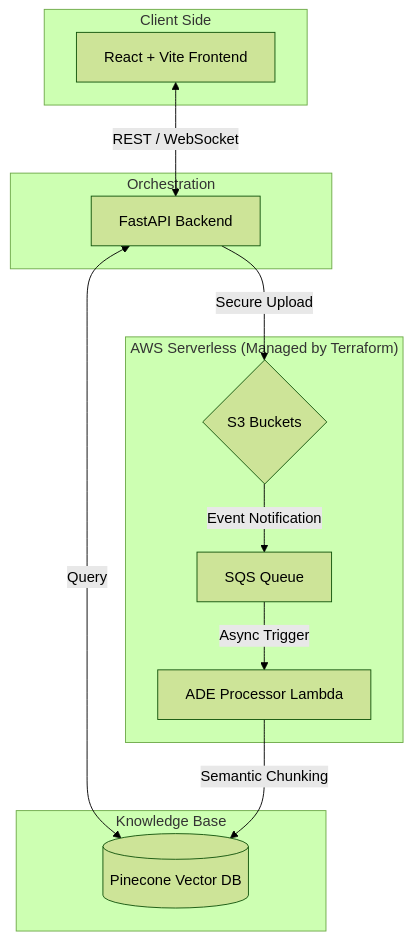
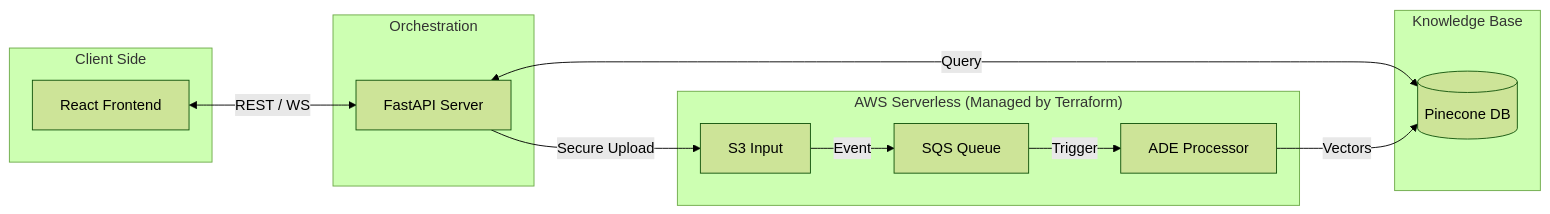
One commit to Khadka-Bishal/DeepRecall changed the first of 4 diagrams in README.md. Above: the diagram before and after it, drawn with Mermaid (forest theme). The commit also changed 1 other file, not shown here.

Commit message:
fix: update pinecone pkg name and mermaid syntax

````diff
--- a/README.md
+++ b/README.md
@@ -17,27 +17,25 @@
 ```mermaid
-graph TD
-    subgraph "Client Side"
-        Client[React + Vite Frontend]
+graph LR
+    subgraph Client ["Client Side"]
+        UI[React Frontend]
     end
 
-    subgraph "Orchestration"
-        API[FastAPI Backend]
+    subgraph Backend ["Orchestration"]
+        API[FastAPI Server]
     end
 
-    subgraph "AWS Serverless (Managed by Terraform)"
-        S3{S3 Buckets}
-        SQS[SQS Queue]
-        Lambda[ADE Processor Lambda]
+    subgraph AWS ["AWS Serverless (Managed by Terraform)"]
+        S3[S3 Input] -->|Event| SQS[SQS Queue]
+        SQS -->|Trigger| Lambda[ADE Processor]
     end
 
-    subgraph "Knowledge Base"
-        Pinecone[(Pinecone Vector DB)]
+    subgraph KB ["Knowledge Base"]
+        Pinecone[(Pinecone DB)]
     end
 
-    Client <-->|REST / WebSocket| API
+    %% Flows
+    UI <-->|REST / WS| API
     API <-->|Query| Pinecone
     API -->|Secure Upload| S3
-    S3 -->|Event Notification| SQS
-    SQS -->|Async Trigger| Lambda
-    Lambda -->|Semantic Chunking| Pinecone
+    Lambda -->|Vectors| Pinecone
 ```
````
